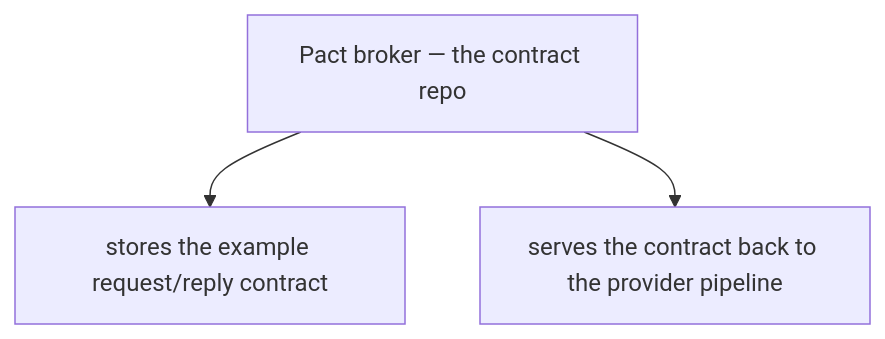
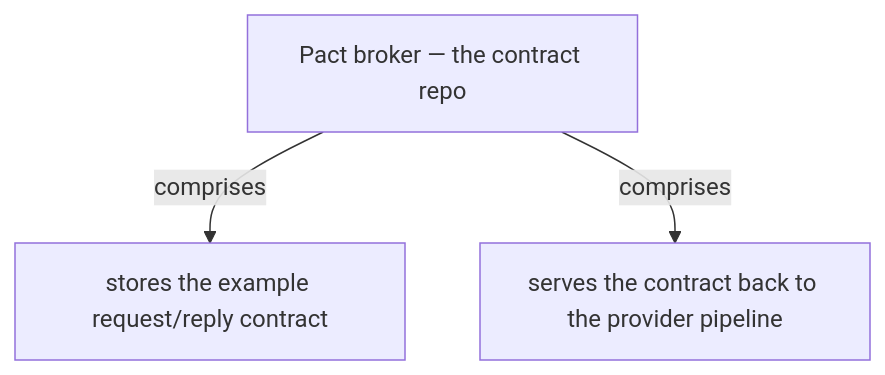
Before and after one commit to vinayakuber/microservices-io-study-guide: the sixth of 13 diagrams in docs/ch25-consumer-driven-contract-test.md, drawn with Mermaid. The commit also changed other lines of this file and 71 other files, not shown here.

First line of the commit message:
R18: label every diagram arrow with its meaning

````diff
--- a/docs/ch25-consumer-driven-contract-test.md
+++ b/docs/ch25-consumer-driven-contract-test.md
@@ -224,6 +224,6 @@
 ```mermaid
 flowchart TD
   R["Pact broker — the contract repo"]
-  R --> P0["stores the example request/reply contract"]
-  R --> P1["serves the contract back to the provider pipeline"]
+  R -->|"comprises"| P0["stores the example request/reply contract"]
+  R -->|"comprises"| P1["serves the contract back to the provider pipeline"]
 ```
````
